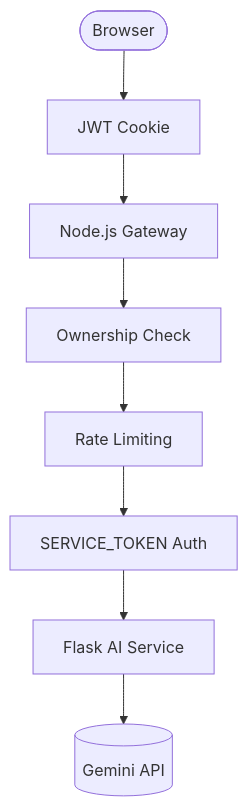
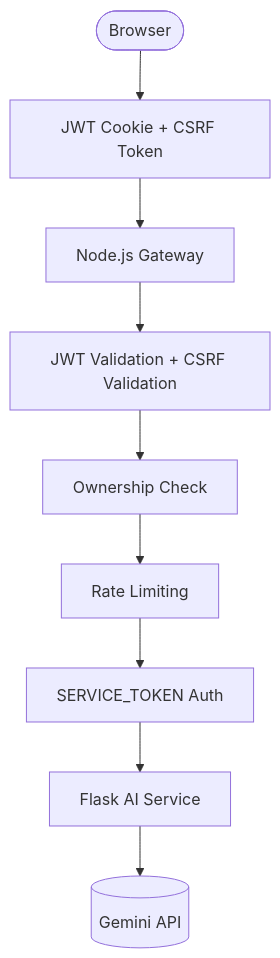
One commit to Dr-Venom29/SmartDocQ changed the second of 2 diagrams in servers/README.md. Above: the diagram before and after it, drawn with Mermaid. The commit also changed other lines of this file and 12 other files, not shown here.

````diff
--- a/servers/README.md
+++ b/servers/README.md
@@ -38,11 +38,12 @@
 ```mermaid
 flowchart TD
     Browser([Browser])
-    --> JWT["JWT Cookie"]
+    --> Auth["JWT Cookie + CSRF Token"]
     --> Node["Node.js Gateway"]
+    --> Verify["JWT Validation + CSRF Validation"]
     --> Ownership["Ownership Check"]
     --> Limit["Rate Limiting"]
     --> Token["SERVICE_TOKEN Auth"]
     --> Flask["Flask AI Service"]
     --> Gemini[("Gemini API")]
 ```
````
